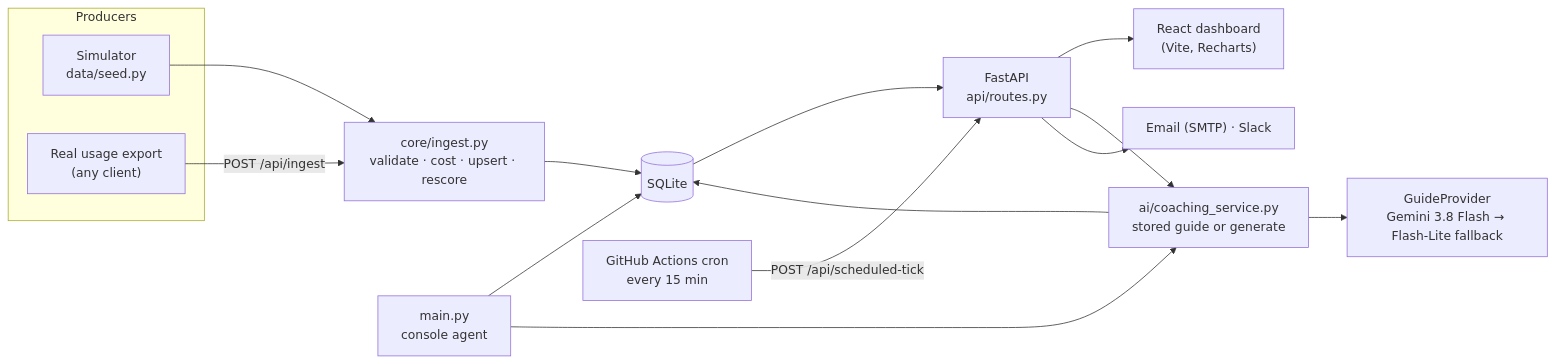
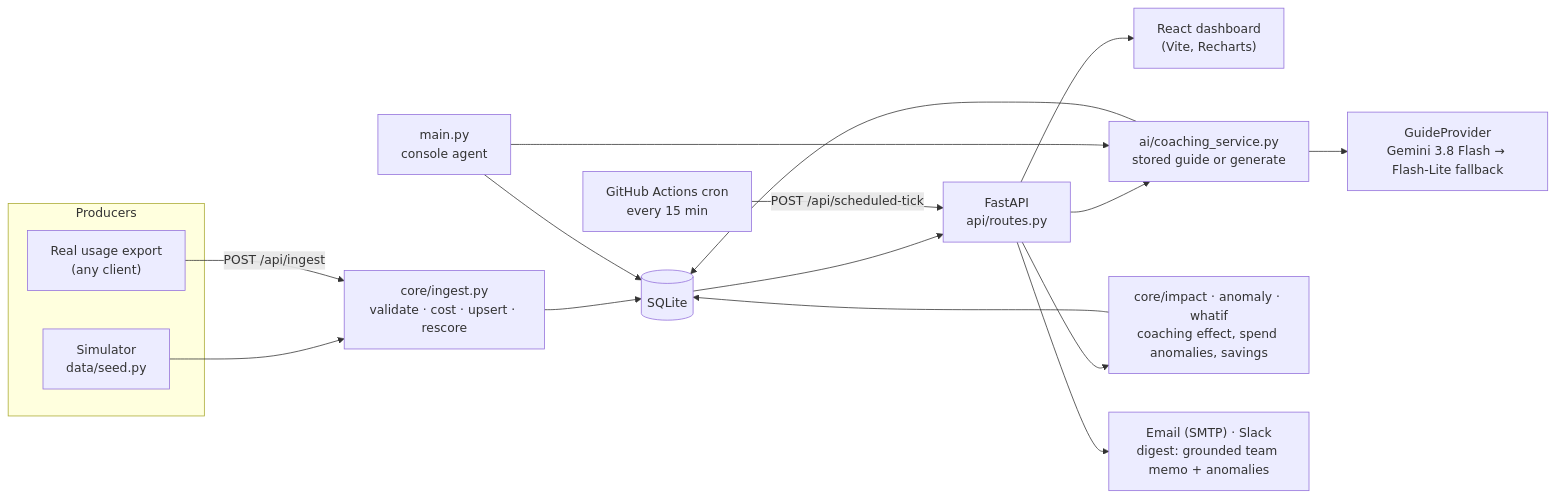
The diagram in README.md (Priyanshh1407/DevTelemetry), drawn with Mermaid before and after one commit. The commit also changed other lines of this file and 9 other files, not shown here.

````diff
--- a/README.md
+++ b/README.md
@@ -85,19 +85,21 @@
 ```mermaid
 flowchart LR
     subgraph Producers
         SIM["Simulator<br/>data/seed.py"]
         EXT["Real usage export<br/>(any client)"]
     end
     SIM --> ING
     EXT -- "POST /api/ingest" --> ING["core/ingest.py<br/>validate · cost · upsert · rescore"]
     ING --> DB[("SQLite")]
     DB --> API["FastAPI<br/>api/routes.py"]
     API --> UI["React dashboard<br/>(Vite, Recharts)"]
     API --> COACH["ai/coaching_service.py<br/>stored guide or generate"]
     COACH --> LLM["GuideProvider<br/>Gemini 3.8 Flash → Flash-Lite fallback"]
     COACH --> DB
+    API --> STATS["core/impact · anomaly · whatif<br/>coaching effect, spend anomalies, savings"]
+    STATS --> DB
     CRON["GitHub Actions cron<br/>every 15 min"] -- "POST /api/scheduled-tick" --> API
-    API --> NOTIFY["Email (SMTP) · Slack"]
+    API --> NOTIFY["Email (SMTP) · Slack<br/>digest: grounded team memo + anomalies"]
     CLI["main.py<br/>console agent"] --> DB
     CLI --> COACH
 ```
````
